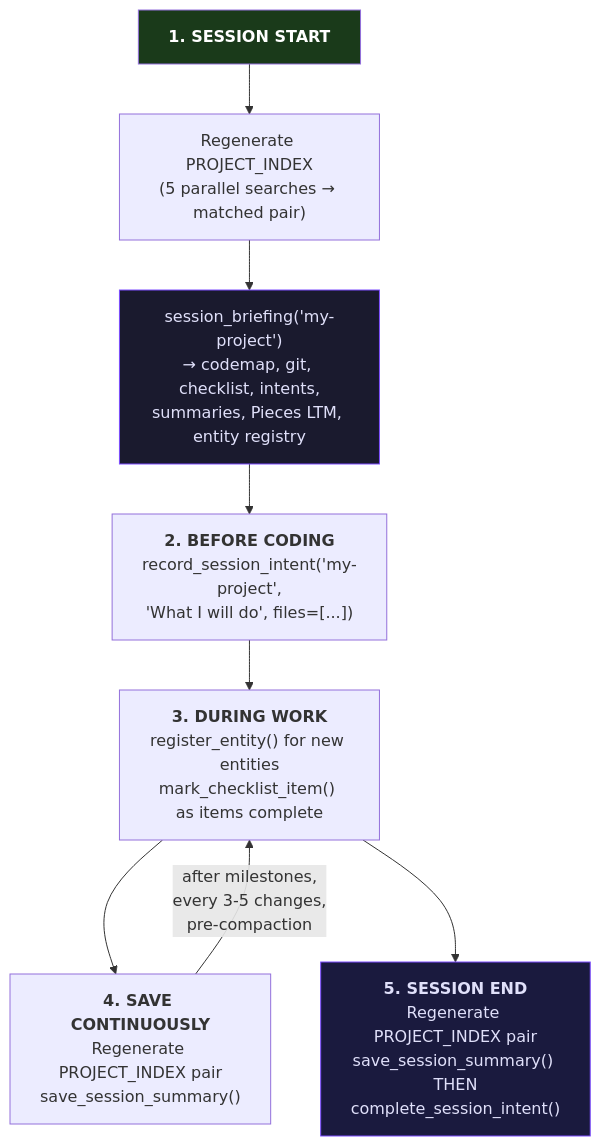
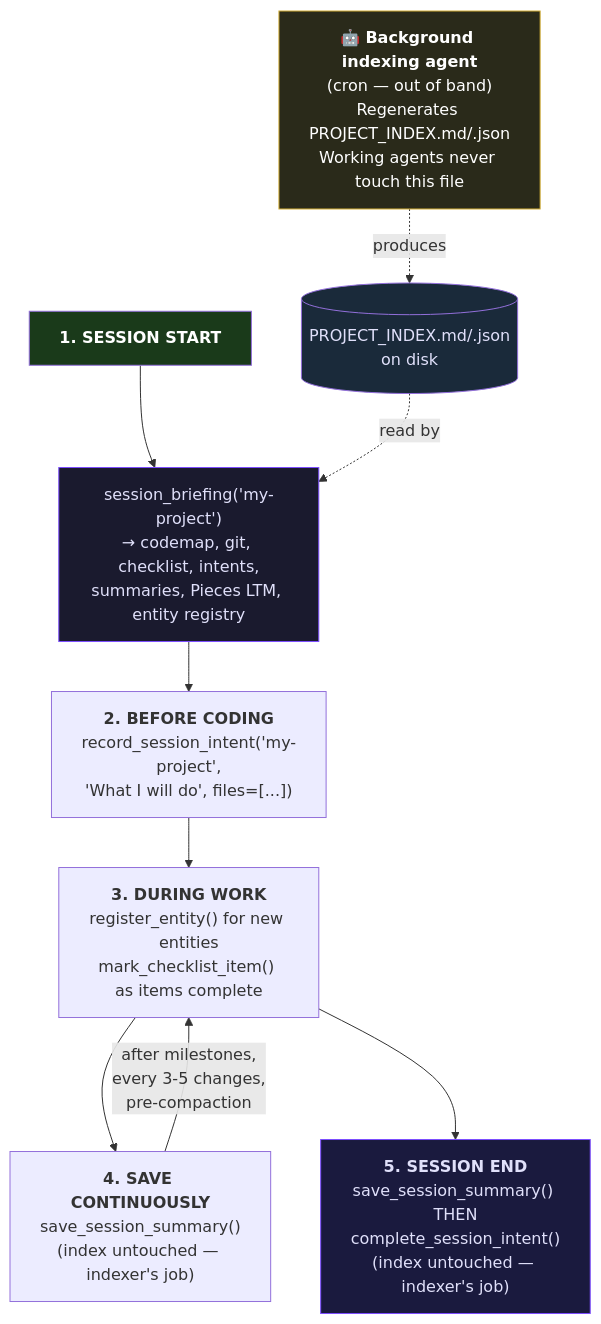
The seventh of 8 diagrams in README.md (rebots-online/session-continuity-mcp), drawn with Mermaid before and after one commit. The commit also changed other lines of this file and 5 other files, not shown here.

First line of the commit message:
Offload project index maintenance to background agent

````diff
--- a/README.md
+++ b/README.md
@@ -466,18 +466,23 @@
 ```mermaid
 flowchart TD
-    START["<b>1. SESSION START</b>"] --> GenIdx1["Regenerate PROJECT_INDEX<br>(5 parallel searches → matched pair)"]
-    GenIdx1 --> Brief["session_briefing('my-project')<br>→ codemap, git, checklist, intents,<br>summaries, Pieces LTM, entity registry"]
+    Indexer["🤖 <b>Background indexing agent</b><br>(cron — out of band)<br>Regenerates PROJECT_INDEX.md/.json<br>Working agents never touch this file"]
+    Indexer -.->|"produces"| PIFile[("PROJECT_INDEX.md/.json<br>on disk")]
+
+    START["<b>1. SESSION START</b>"] --> Brief["session_briefing('my-project')<br>→ codemap, git, checklist, intents,<br>summaries, Pieces LTM, entity registry"]
+    PIFile -.->|"read by"| Brief
 
     Brief --> Intent["<b>2. BEFORE CODING</b><br>record_session_intent('my-project',<br>'What I will do', files=[...])"]
 
     Intent --> Work["<b>3. DURING WORK</b><br>register_entity() for new entities<br>mark_checklist_item() as items complete"]
 
-    Work --> Save["<b>4. SAVE CONTINUOUSLY</b><br>Regenerate PROJECT_INDEX pair<br>save_session_summary()"]
+    Work --> Save["<b>4. SAVE CONTINUOUSLY</b><br>save_session_summary()<br>(index untouched — indexer's job)"]
     Save -->|"after milestones,<br>every 3-5 changes,<br>pre-compaction"| Work
 
-    Work --> End["<b>5. SESSION END</b><br>Regenerate PROJECT_INDEX pair<br>save_session_summary() THEN<br>complete_session_intent()"]
+    Work --> End["<b>5. SESSION END</b><br>save_session_summary() THEN<br>complete_session_intent()<br>(index untouched — indexer's job)"]
 
+    style Indexer fill:#2a2a1a,color:#fff,stroke:#d4af37
+    style PIFile fill:#1a2a3a,color:#e0e0fa
     style START fill:#1a3a1a,color:#fff
     style Brief fill:#1a1a2e,color:#e0e0fa,stroke:#7c4dff
     style End fill:#1a1a3e,color:#e0e0fa,stroke:#7c4dff
 ```
````
